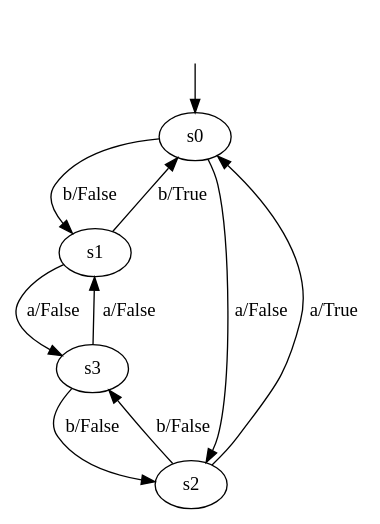
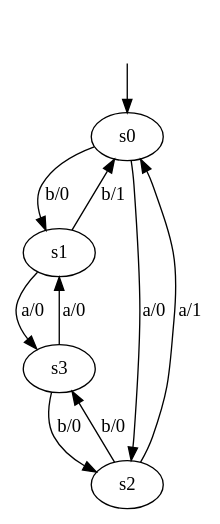
One commit to DES-Lab/AALpy changed the diagram in DotModels/Angluin_Mealy.dot. Above: the diagram before and after it, drawn with Graphviz. The commit also changed 2 other files, not shown here.

```diff
--- a/DotModels/Angluin_Mealy.dot
+++ b/DotModels/Angluin_Mealy.dot
@@ -1,16 +1,16 @@
 digraph Angluin_Mealy {
 s0 [label=s0];
 s1 [label=s1];
 s2 [label=s2];
 s3 [label=s3];
-s0 -> s2  [label="a/False"];
-s0 -> s1  [label="b/False"];
-s1 -> s3  [label="a/False"];
-s1 -> s0  [label="b/True"];
-s2 -> s0  [label="a/True"];
-s2 -> s3  [label="b/False"];
-s3 -> s1  [label="a/False"];
-s3 -> s2  [label="b/False"];
+s0 -> s2  [label="a/0"];
+s0 -> s1  [label="b/0"];
+s1 -> s3  [label="a/0"];
+s1 -> s0  [label="b/1"];
+s2 -> s0  [label="a/1"];
+s2 -> s3  [label="b/0"];
+s3 -> s1  [label="a/0"];
+s3 -> s2  [label="b/0"];
 __start0 [label="", shape=none];
 __start0 -> s0  [label=""];
 }
```
